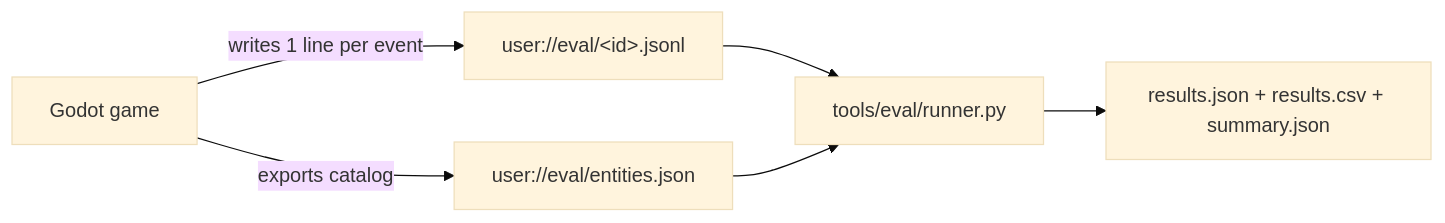
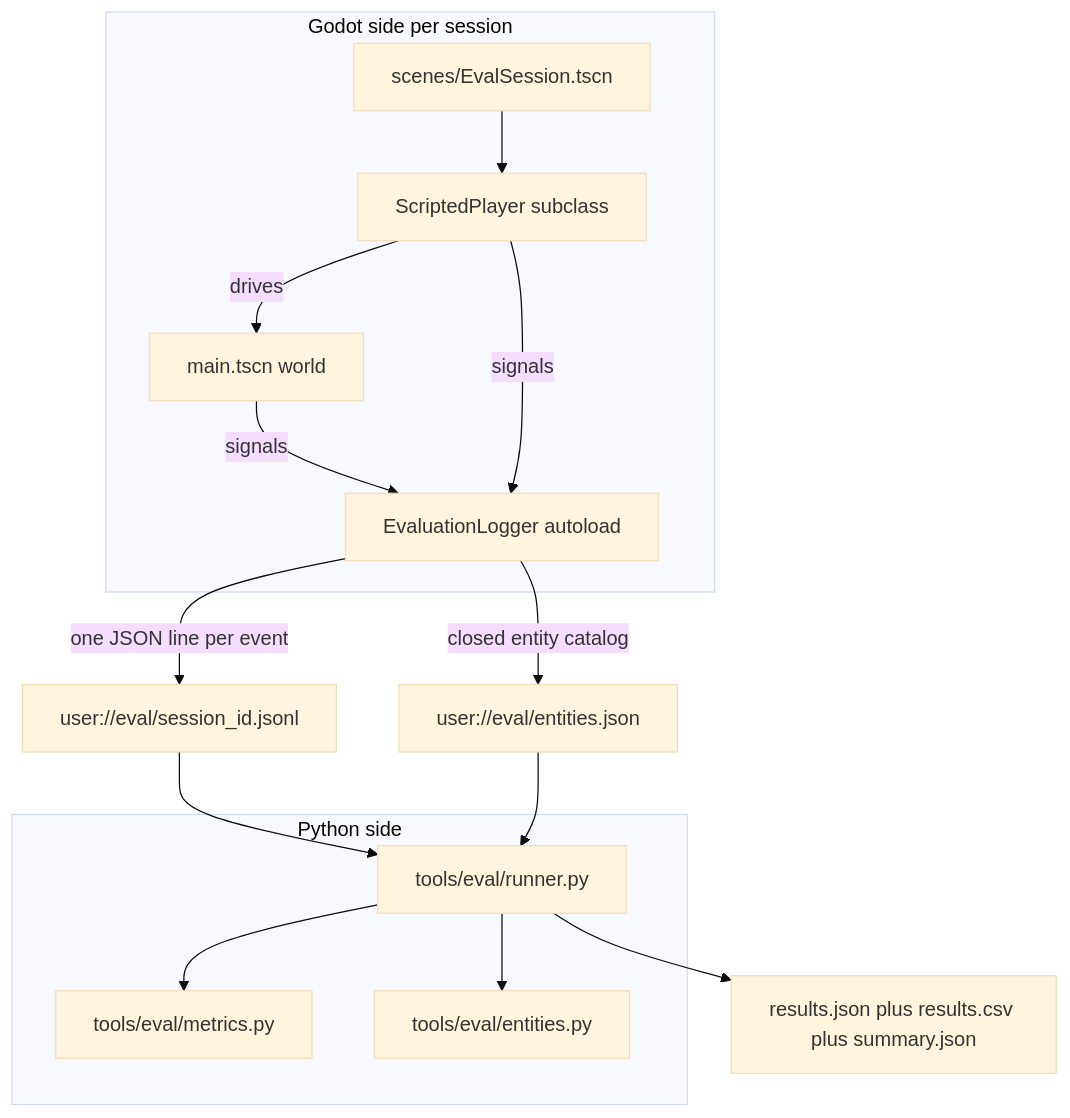
Before and after one commit to wachi35676/Agentic-Quest-Generator: diagram 14 of 14 in README.md, drawn with Mermaid (base theme). The commit also changed other lines of this file, not shown here.

First line of the commit message:
Add "Wanderer-as-orchestrator: behind the scenes" section to README.md

````diff
--- a/README.md
+++ b/README.md
@@ -467,8 +622,25 @@
 ```mermaid
-flowchart LR
-    A[Godot game] -->|writes 1 line per event| B[user://eval/&lt;id&gt;.jsonl]
-    A -->|exports catalog| C[user://eval/entities.json]
-    B --> D[tools/eval/runner.py]
-    C --> D
-    D --> E[results.json + results.csv + summary.json]
+flowchart TB
+    subgraph G["Godot side per session"]
+        Driver["scenes/EvalSession.tscn"]
+        Profile["ScriptedPlayer subclass"]
+        Main["main.tscn world"]
+        EL["EvaluationLogger autoload"]
+        Driver --> Profile
+        Profile -->|"drives"| Main
+        Main -->|"signals"| EL
+        Profile -->|"signals"| EL
+    end
+    EL -->|"one JSON line per event"| JSONL["user://eval/session_id.jsonl"]
+    EL -->|"closed entity catalog"| EJSON["user://eval/entities.json"]
+    subgraph P["Python side"]
+        Runner["tools/eval/runner.py"]
+        Metrics["tools/eval/metrics.py"]
+        Entities["tools/eval/entities.py"]
+    end
+    JSONL --> Runner
+    EJSON --> Runner
+    Runner --> Metrics
+    Runner --> Entities
+    Runner --> Out["results.json plus results.csv plus summary.json"]
 ```
````
